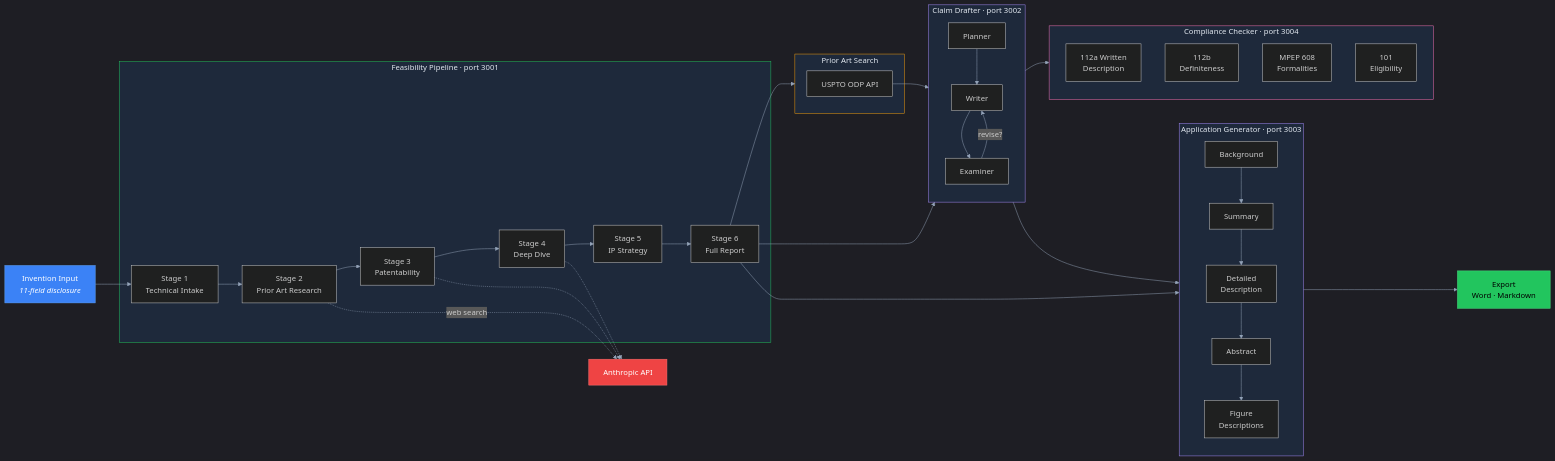
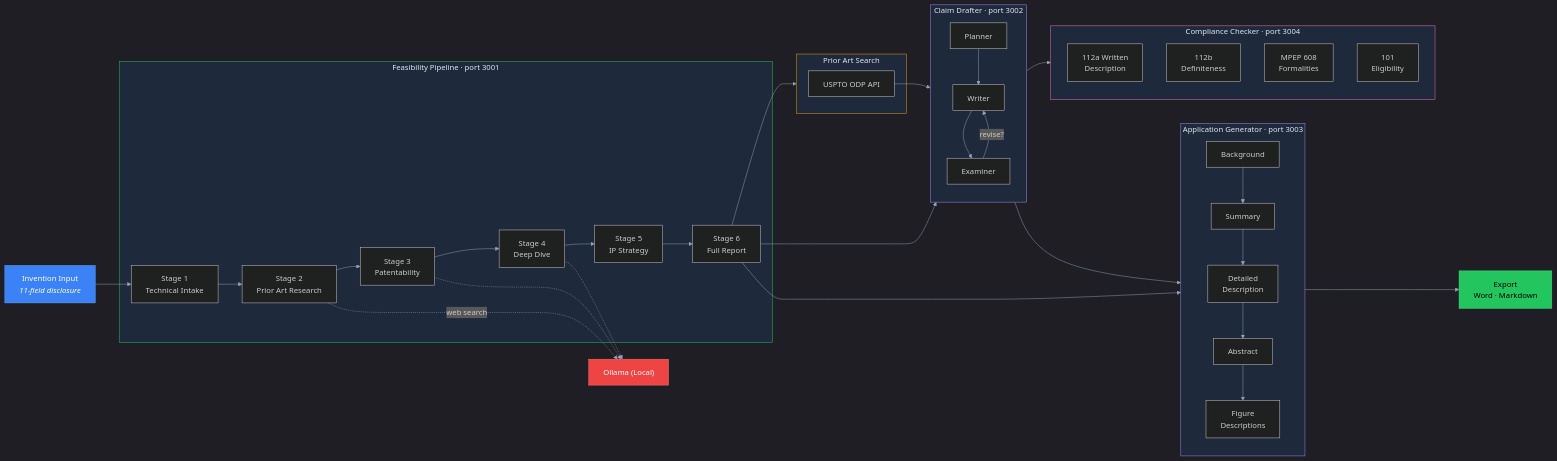
The diagram in diagrams/data-flow.mmd (scottconverse/patentforgelocal), drawn with Mermaid before and after one commit. The commit also changed 91 other files, not shown here.

First line of the commit message:
feat: replace Anthropic Claude API with Ollama local inference

```diff
--- a/diagrams/data-flow.mmd
+++ b/diagrams/data-flow.mmd
@@ -1,65 +1,65 @@
 %%{init: {'theme': 'dark', 'themeVariables': {'primaryColor': '#3b82f6', 'primaryTextColor': '#e2e8f0', 'primaryBorderColor': '#60a5fa', 'lineColor': '#94a3b8', 'secondaryColor': '#1e293b', 'tertiaryColor': '#0f172a'}}}%%
 
 flowchart LR
     INV["Invention Input<br/><i>11-field disclosure</i>"]
 
     subgraph FEAS["Feasibility Pipeline · port 3001"]
         S1["Stage 1<br/>Technical Intake"]
         S2["Stage 2<br/>Prior Art Research"]
         S3["Stage 3<br/>Patentability"]
         S4["Stage 4<br/>Deep Dive"]
         S5["Stage 5<br/>IP Strategy"]
         S6["Stage 6<br/>Full Report"]
         S1 --> S2 --> S3 --> S4 --> S5 --> S6
     end
 
     subgraph PA["Prior Art Search"]
         ODP["USPTO ODP API"]
     end
 
     subgraph CLAIMS["Claim Drafter · port 3002"]
         PL["Planner"]
         WR["Writer"]
         EX["Examiner"]
         PL --> WR --> EX
         EX -->|"revise?"| WR
     end
 
     subgraph COMP["Compliance Checker · port 3004"]
         C1["112a Written<br/>Description"]
         C2["112b<br/>Definiteness"]
         C3["MPEP 608<br/>Formalities"]
         C4["101<br/>Eligibility"]
     end
 
     subgraph APP["Application Generator · port 3003"]
         A1["Background"]
         A2["Summary"]
         A3["Detailed<br/>Description"]
         A4["Abstract"]
         A5["Figure<br/>Descriptions"]
         A1 --> A2 --> A3 --> A4 --> A5
     end
 
     EXPORT["Export<br/>Word · Markdown"]
 
     INV --> S1
-    S2 -.->|"web search"| ANTH["Anthropic API"]
-    S3 -.-> ANTH
-    S4 -.-> ANTH
+    S2 -.->|"web search"| OLLAMA["Ollama (Local)"]
+    S3 -.-> OLLAMA
+    S4 -.-> OLLAMA
     S6 --> PA
     ODP --> CLAIMS
     S6 --> CLAIMS
     CLAIMS --> COMP
     CLAIMS --> APP
     S6 --> APP
     APP --> EXPORT
 
     style FEAS fill:#1e293b,stroke:#22c55e,color:#e2e8f0
     style PA fill:#1e293b,stroke:#f59e0b,color:#e2e8f0
     style CLAIMS fill:#1e293b,stroke:#a78bfa,color:#e2e8f0
     style COMP fill:#1e293b,stroke:#f472b6,color:#e2e8f0
     style APP fill:#1e293b,stroke:#a78bfa,color:#e2e8f0
     style INV fill:#3b82f6,stroke:#60a5fa,color:#fff
     style EXPORT fill:#22c55e,stroke:#4ade80,color:#000
-    style ANTH fill:#ef4444,stroke:#f87171,color:#fff
+    style OLLAMA fill:#ef4444,stroke:#f87171,color:#fff
```
